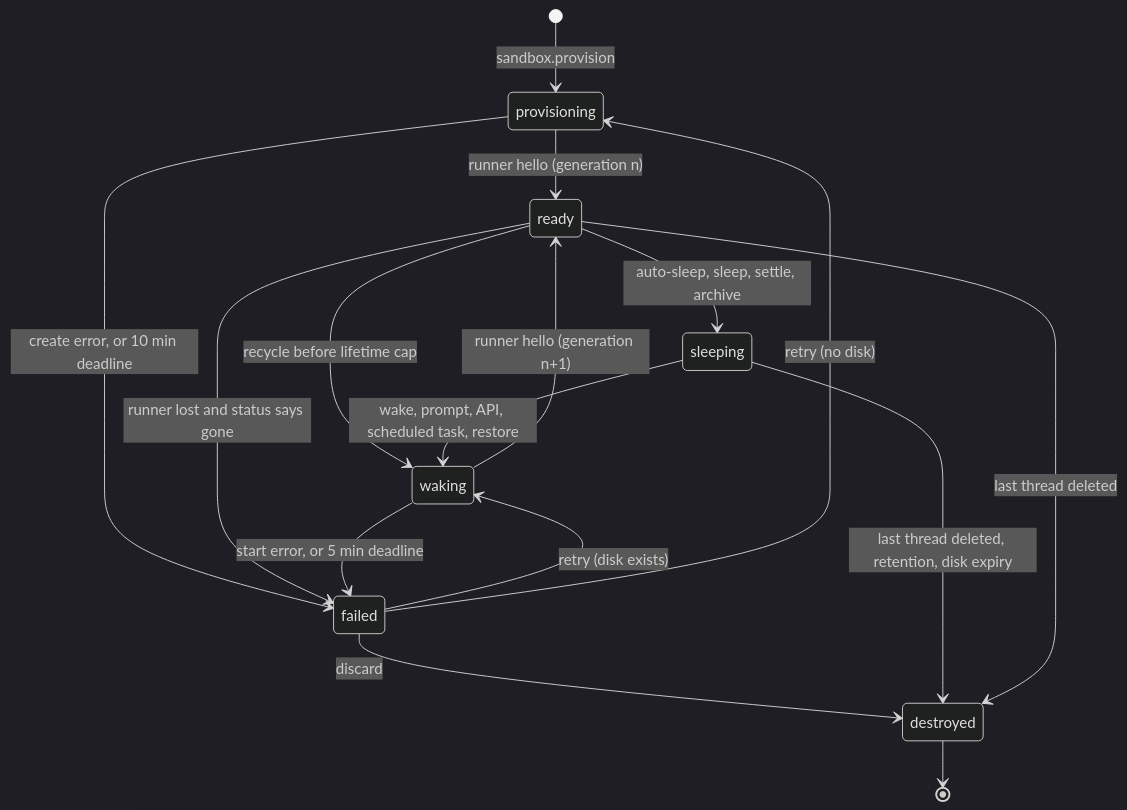
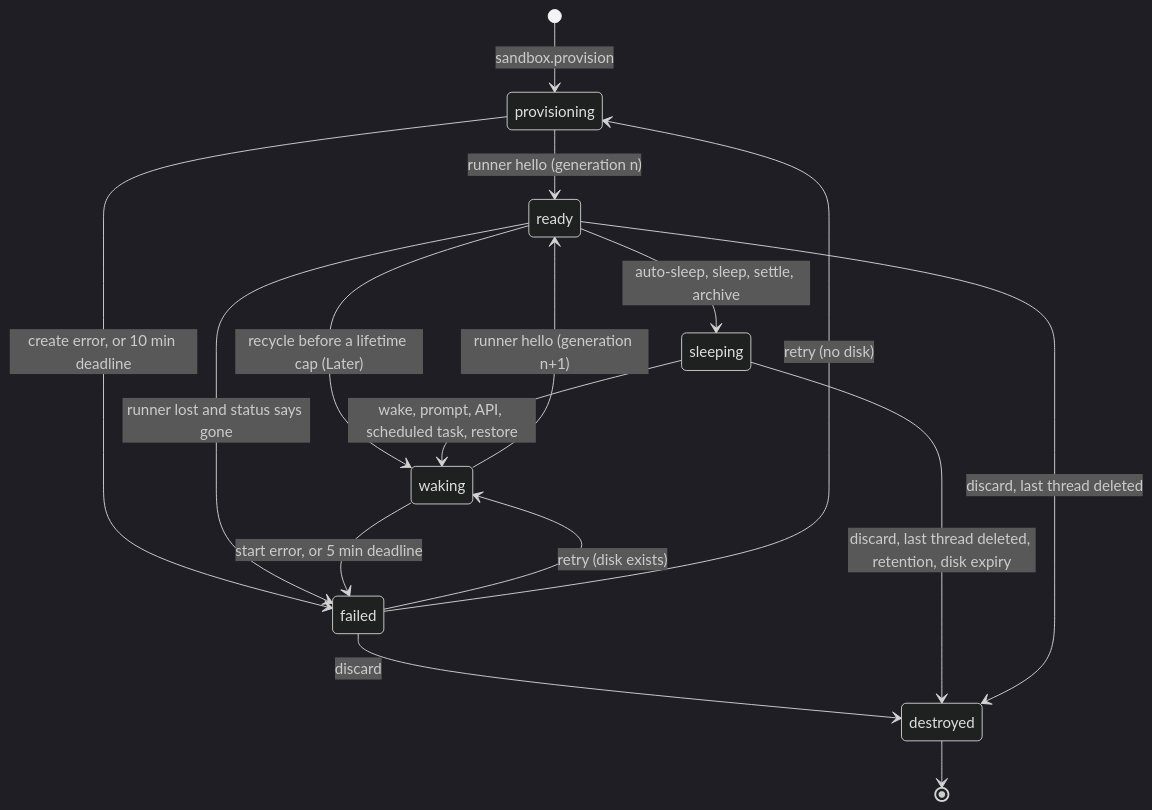
The diagram in docs/product/cloud/04-sandbox-lifecycle.md (rutvikchandla3/pair), drawn with Mermaid (dark theme) before and after one commit. The commit also changed other lines of this file and 13 other files, not shown here.

````diff
--- a/docs/product/cloud/04-sandbox-lifecycle.md
+++ b/docs/product/cloud/04-sandbox-lifecycle.md
@@ -112,18 +129,18 @@
 ```mermaid
 stateDiagram-v2
   [*] --> provisioning: sandbox.provision
   provisioning --> ready: runner hello (generation n)
   provisioning --> failed: create error, or 10 min deadline
   ready --> sleeping: auto-sleep, sleep, settle, archive
-  ready --> waking: recycle before lifetime cap
+  ready --> waking: recycle before a lifetime cap (Later)
   ready --> failed: runner lost and status says gone
   sleeping --> waking: wake, prompt, API, scheduled task, restore
   waking --> ready: runner hello (generation n+1)
   waking --> failed: start error, or 5 min deadline
   failed --> waking: retry (disk exists)
   failed --> provisioning: retry (no disk)
   failed --> destroyed: discard
-  sleeping --> destroyed: last thread deleted, retention, disk expiry
-  ready --> destroyed: last thread deleted
+  sleeping --> destroyed: discard, last thread deleted, retention, disk expiry
+  ready --> destroyed: discard, last thread deleted
   destroyed --> [*]
 ```
````
